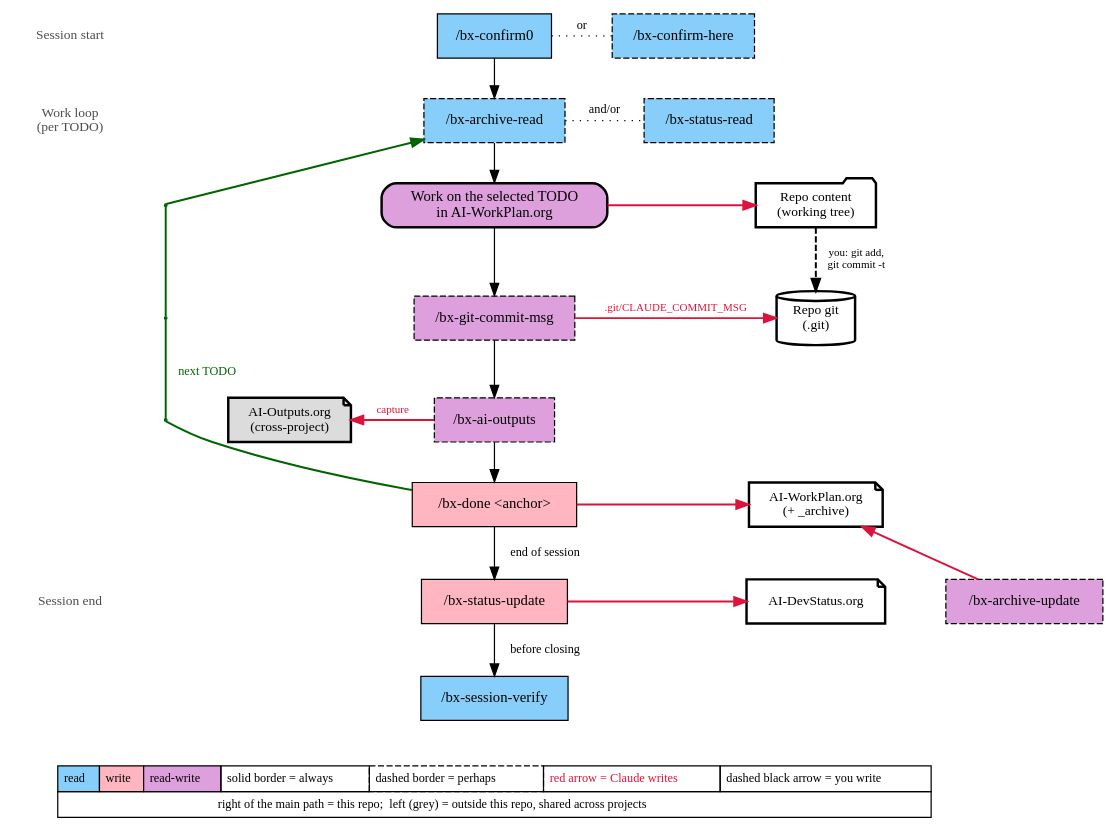
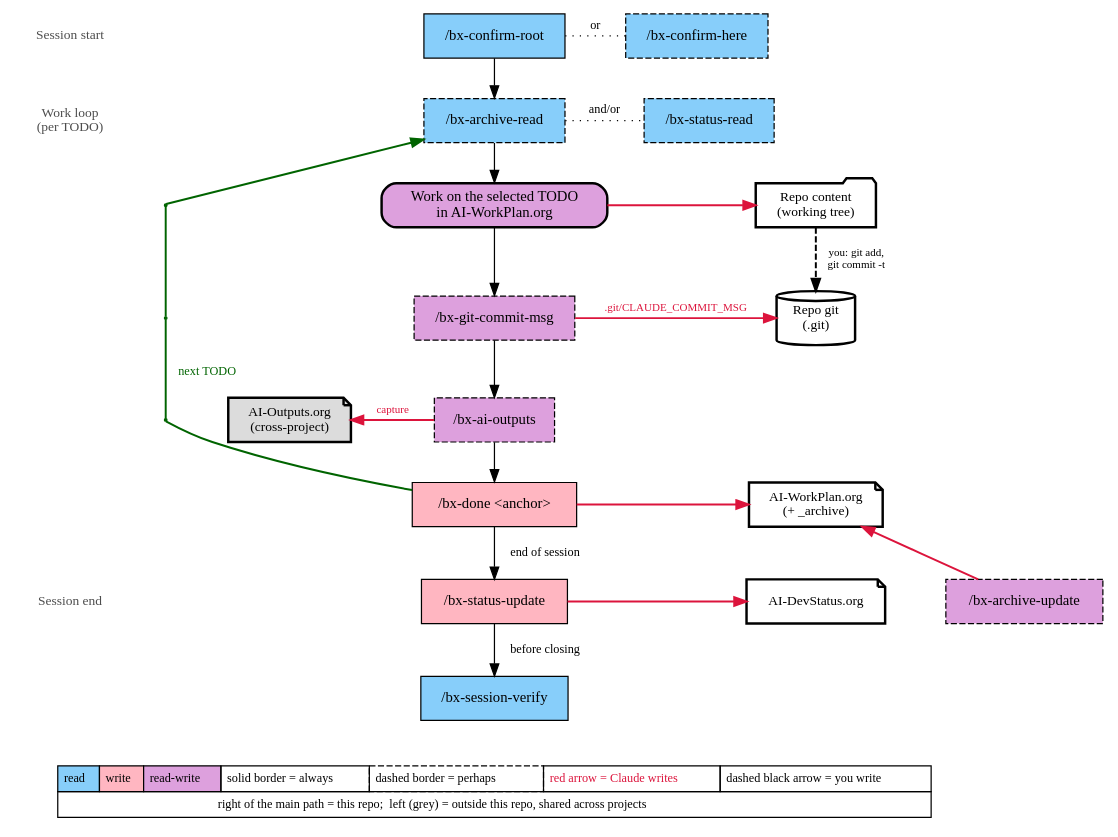
One commit to bisos-pip/aiActivity changed the diagram in py3/images/aiUsageWorkflow.gv. Above: the diagram before and after it, drawn with Graphviz. The commit also changed 27 other files, not shown here.

```diff
--- a/py3/images/aiUsageWorkflow.gv
+++ b/py3/images/aiUsageWorkflow.gv
@@ -1,109 +1,109 @@
 digraph {
 	nodesep=0.35 rankdir=TB ranksep=0.45
 	node [fontsize=12]
 	lyr_start [label="Session start" fontcolor=gray30 fontsize=11 shape=plaintext]
 	lyr_loop1 [label="Work loop
 (per TODO)" fontcolor=gray30 fontsize=11 shape=plaintext]
 	lyr_loop2 [label="" fontcolor=gray30 fontsize=11 shape=plaintext]
 	lyr_loop3 [label="" fontcolor=gray30 fontsize=11 shape=plaintext]
 	lyr_loop4 [label="" fontcolor=gray30 fontsize=11 shape=plaintext]
 	lyr_loop5 [label="" fontcolor=gray30 fontsize=11 shape=plaintext]
 	lyr_end [label="Session end" fontcolor=gray30 fontsize=11 shape=plaintext]
 	lyr_close [label="" fontcolor=gray30 fontsize=11 shape=plaintext]
 	lyr_start -> lyr_loop1 [style=invis]
 	lyr_loop1 -> lyr_loop2 [style=invis]
 	lyr_loop2 -> lyr_loop3 [style=invis]
 	lyr_loop3 -> lyr_loop4 [style=invis]
 	lyr_loop4 -> lyr_loop5 [style=invis]
 	lyr_loop5 -> lyr_end [style=invis]
 	lyr_end -> lyr_close [style=invis]
 	{
 		rank=same
 		lyr_start
-		confirm0 [label="/bx-confirm0" fillcolor=lightskyblue group=spine shape=rectangle style=filled]
+		confirmRoot [label="/bx-confirm-root" fillcolor=lightskyblue group=spine shape=rectangle style=filled]
 		confirmHere [label="/bx-confirm-here" fillcolor=lightskyblue shape=rectangle style="filled,dashed"]
 	}
 	{
 		rank=same
 		lyr_loop1
 		importArchive [label="/bx-archive-read" fillcolor=lightskyblue group=spine shape=rectangle style="filled,dashed"]
 		statusRead [label="/bx-status-read" fillcolor=lightskyblue shape=rectangle style="filled,dashed"]
 	}
 	{
 		rank=same
 		lyr_loop2
 		loopVia2 [label="" color=darkgreen group=loop shape=point width=0.03]
 		work [label="Work on the selected TODO
 in AI-WorkPlan.org" fillcolor=plum group=spine shape=rectangle style="filled,rounded,bold"]
 		subjContent [label="Repo content
 (working tree)" fillcolor=white fontsize=11 group=subjects shape=folder style="filled,bold"]
 	}
 	{
 		rank=same
 		lyr_loop3
 		loopVia3 [label="" color=darkgreen group=loop shape=point width=0.03]
 		commitMsg [label="/bx-git-commit-msg" fillcolor=plum group=spine shape=rectangle style="filled,dashed"]
 		subjGit [label="Repo git
 (.git)" fillcolor=white fontsize=11 group=subjects shape=cylinder style="filled,bold"]
 	}
 	{
 		rank=same
 		lyr_loop4
 		loopVia4 [label="" color=darkgreen group=loop shape=point width=0.03]
 		subjOutputs [label="AI-Outputs.org
 (cross-project)" fillcolor=gainsboro fontsize=11 shape=note style="filled,bold"]
 		aiOutputs [label="/bx-ai-outputs" fillcolor=plum group=spine shape=rectangle style="filled,dashed"]
 	}
 	{
 		rank=same
 		lyr_loop5
 		done [label="/bx-done <anchor>" fillcolor=lightpink group=spine shape=rectangle style=filled]
 		subjWorkPlan [label="AI-WorkPlan.org
 (+ _archive)" fillcolor=white fontsize=11 group=subjects shape=note style="filled,bold"]
 	}
 	{
 		rank=same
 		lyr_end
 		updateStatus [label="/bx-status-update" fillcolor=lightpink group=spine shape=rectangle style=filled]
 		archive [label="/bx-archive-update" fillcolor=plum shape=rectangle style="filled,dashed"]
 		subjDevStatus [label="AI-DevStatus.org" fillcolor=white fontsize=11 group=subjects shape=note style="filled,bold"]
 	}
 	{
 		rank=same
 		lyr_close
 		sessionVerify [label="/bx-session-verify" fillcolor=lightskyblue group=spine shape=rectangle style=filled]
 	}
 	subjContent -> subjGit [label=" you: git add, 
  git commit -t " arrowhead=normal color=black fontsize=9 penwidth=1.6 style=dashed]
 	subjGit -> subjWorkPlan [style=invis]
 	subjWorkPlan -> subjDevStatus [style=invis]
 	work -> subjContent [arrowhead=normal color=crimson penwidth=1.6]
 	commitMsg -> subjGit [label=" .git/CLAUDE_COMMIT_MSG " arrowhead=normal color=crimson fontcolor=crimson fontsize=9 penwidth=1.6]
 	lyr_loop2 -> loopVia2 [style=invis]
 	loopVia2 -> work [style=invis]
 	lyr_loop3 -> loopVia3 [style=invis]
 	loopVia3 -> commitMsg [style=invis]
 	lyr_loop4 -> loopVia4 [style=invis]
 	loopVia4 -> subjOutputs [style=invis]
 	subjOutputs -> aiOutputs [style=invis]
 	subjDevStatus -> archive [style=invis]
 	aiOutputs -> subjOutputs [label=" capture " arrowhead=normal color=crimson constraint=false fontcolor=crimson fontsize=9 penwidth=1.6]
 	done -> subjWorkPlan [arrowhead=normal color=crimson penwidth=1.6]
 	archive -> subjWorkPlan [arrowhead=normal color=crimson constraint=false penwidth=1.6]
 	updateStatus -> subjDevStatus [arrowhead=normal color=crimson penwidth=1.6]
-	confirm0 -> importArchive
+	confirmRoot -> importArchive
 	importArchive -> work
 	work -> commitMsg
 	commitMsg -> aiOutputs
 	aiOutputs -> done
 	done -> updateStatus [label="  end of session  " fontsize=10]
 	updateStatus -> sessionVerify [label="  before closing  " fontsize=10]
 	importArchive -> loopVia2 [color=darkgreen dir=back penwidth=1.6]
 	loopVia2 -> loopVia3 [color=darkgreen dir=none penwidth=1.6]
 	loopVia3 -> loopVia4 [label="  next TODO  " color=darkgreen dir=none fontcolor=darkgreen fontsize=10 penwidth=1.6]
 	loopVia4 -> done [color=darkgreen dir=none penwidth=1.6]
-	confirm0 -> confirmHere [label=" or " arrowhead=none fontsize=10 style=dotted]
+	confirmRoot -> confirmHere [label=" or " arrowhead=none fontsize=10 style=dotted]
 	importArchive -> statusRead [label=" and/or " arrowhead=none fontsize=10 style=dotted]
 	legend [label=<<TABLE BORDER="0" CELLBORDER="1" CELLSPACING="0" CELLPADDING="4"><TR><TD BGCOLOR="lightskyblue">read</TD><TD BGCOLOR="lightpink">write</TD><TD BGCOLOR="plum">read-write</TD><TD>solid border = always</TD><TD STYLE="dashed">dashed border = perhaps</TD><TD><FONT COLOR="crimson">red arrow = Claude writes</FONT></TD><TD>dashed black arrow = you write</TD></TR><TR><TD COLSPAN="7">right of the main path = this repo;  left (grey) = outside this repo, shared across projects</TD></TR></TABLE>> fontsize=10 shape=plaintext]
 	sessionVerify -> legend [style=invis]
 }
```
